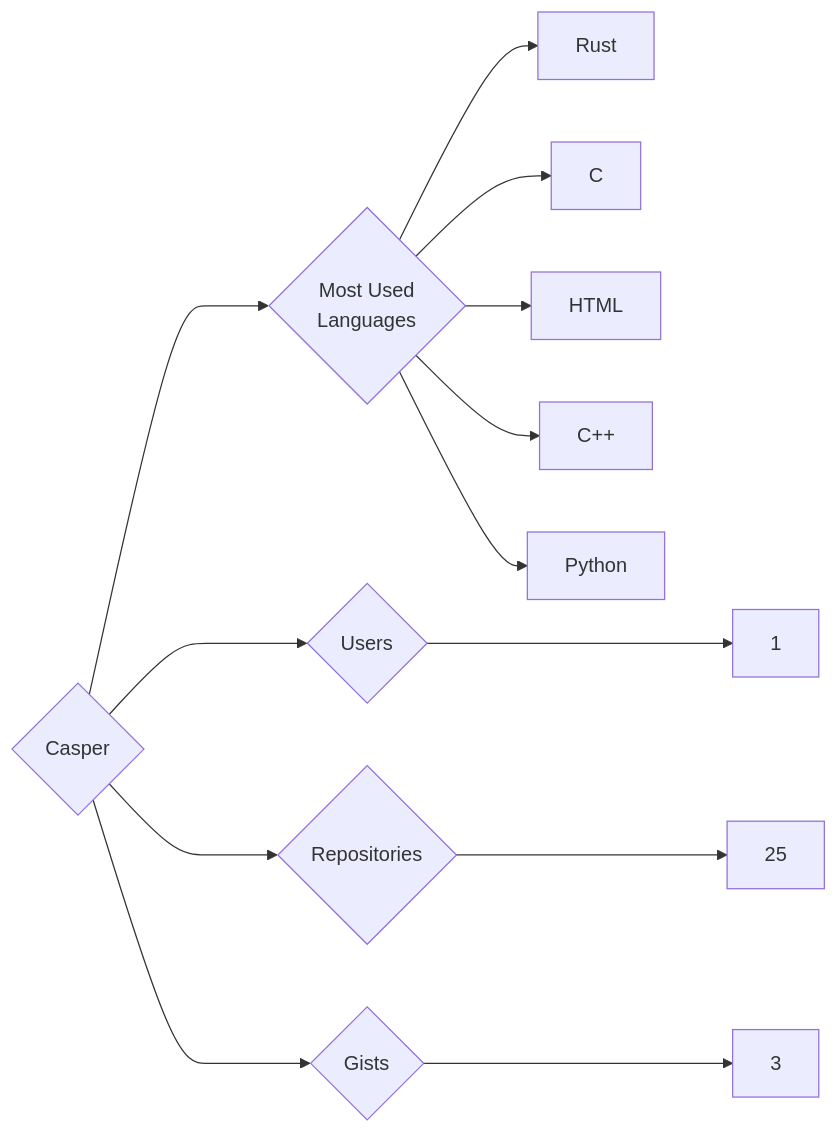
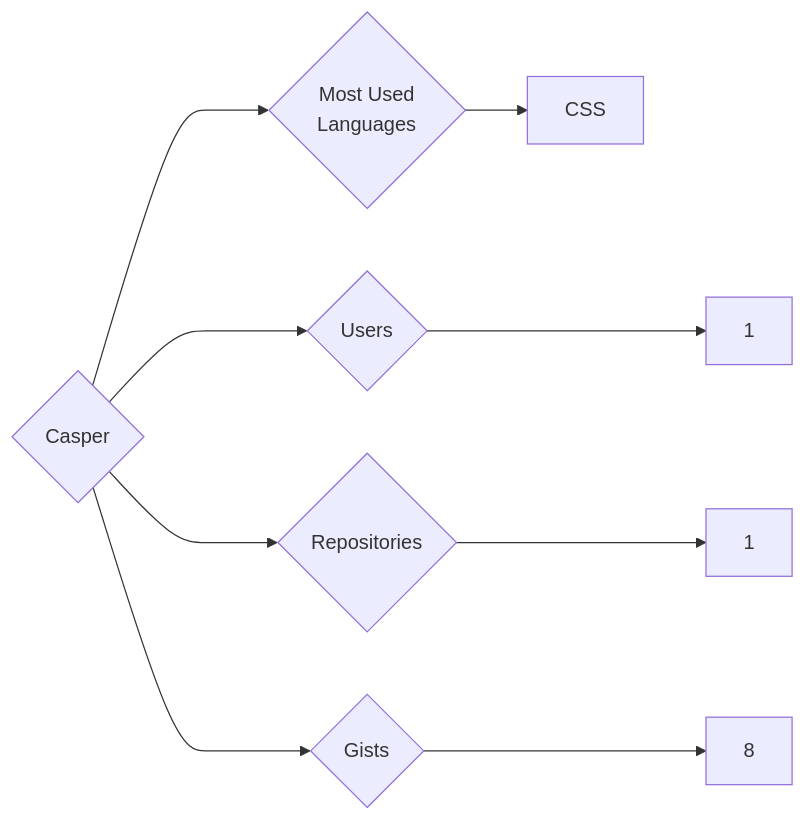
Before and after one commit to trickest/insiders: the diagram in targets/Casper/README.md, drawn with Mermaid. The commit also changed 934 other files, not shown here.

````diff
--- a/targets/Casper/README.md
+++ b/targets/Casper/README.md
@@ -3,13 +3,9 @@
 ```mermaid
 graph LR
 COMPANY_NAME{Casper}
 COMPANY_NAME ---> U{Users} ---> UN[1]
-COMPANY_NAME ---> R{Repositories} ---> RN[25]
-COMPANY_NAME ---> G{Gists} ---> GN[3]
+COMPANY_NAME ---> R{Repositories} ---> RN[1]
+COMPANY_NAME ---> G{Gists} ---> GN[8]
 COMPANY_NAME ---> ML{Most Used<br>Languages}
-ML --> Rust[Rust]
-ML --> C[C]
-ML --> HTML[HTML]
-ML --> C++[C++]
-ML --> Python[Python]
+ML --> CSS[CSS]
 ```
````
